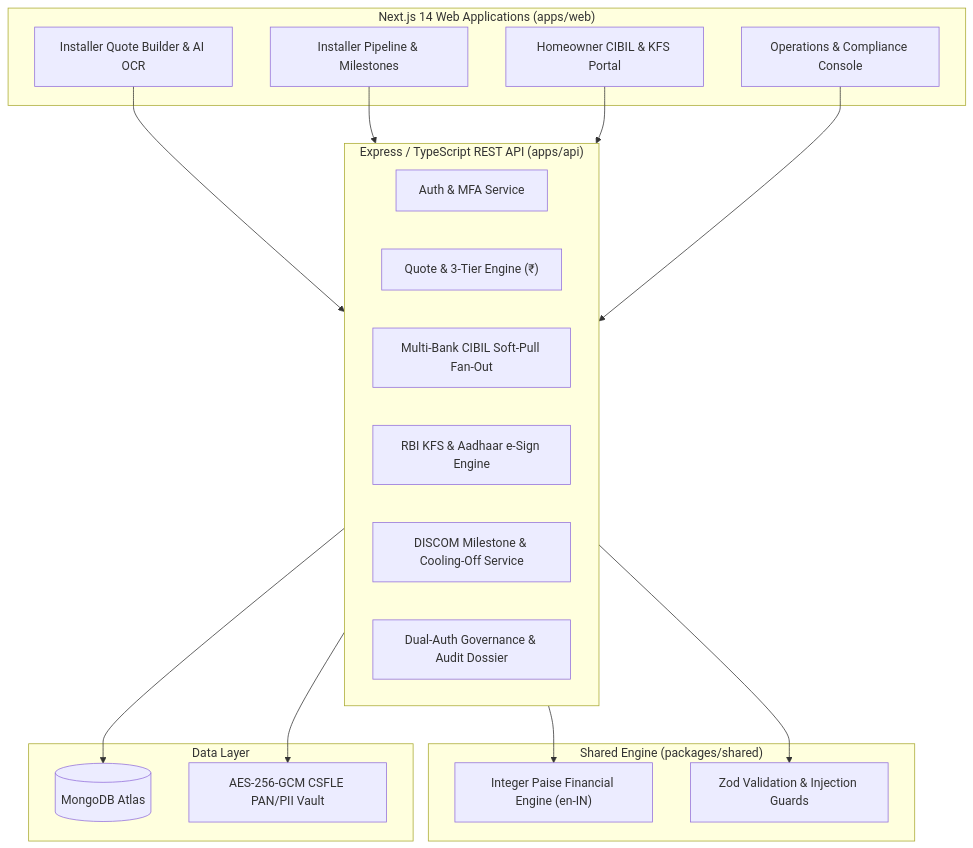
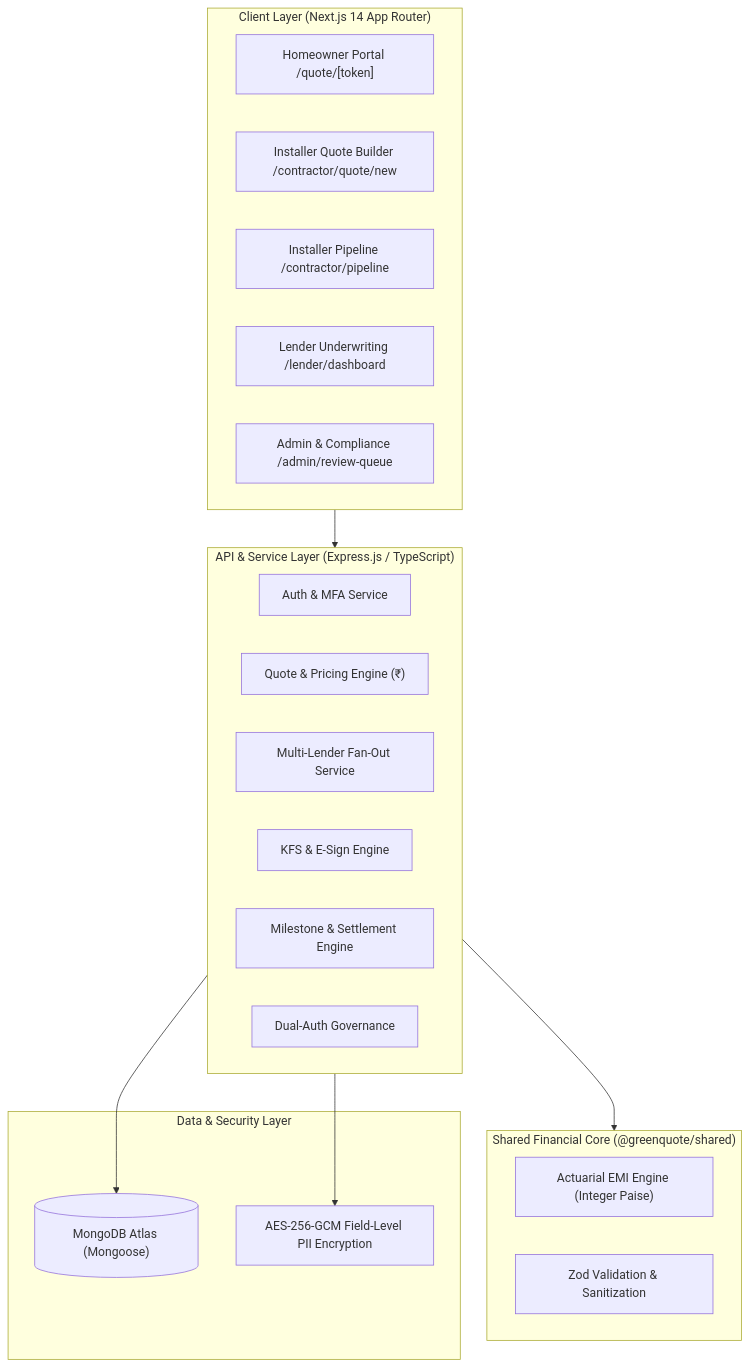
Before and after one commit to MohitMulik/GreenQuote: the diagram in README.md, drawn with Mermaid. The commit also changed other lines of this file and 1 other file, not shown here.

````diff
--- a/README.md
+++ b/README.md
@@ -33,37 +37,34 @@
 ```mermaid
 flowchart TD
-    subgraph Frontend ["Next.js 14 Web Applications (apps/web)"]
-        CB["Installer Quote Builder & AI OCR"]
-        CP["Installer Pipeline & Milestones"]
-        HP["Homeowner CIBIL & KFS Portal"]
-        OP["Operations & Compliance Console"]
+    subgraph Client ["Client Layer (Next.js 14 App Router)"]
+        UI_HOME["Homeowner Portal /quote/[token]"]
+        UI_BUILDER["Installer Quote Builder /contractor/quote/new"]
+        UI_PIPELINE["Installer Pipeline /contractor/pipeline"]
+        UI_LENDER["Lender Underwriting /lender/dashboard"]
+        UI_ADMIN["Admin & Compliance /admin/review-queue"]
     end
 
-    subgraph API ["Express / TypeScript REST API (apps/api)"]
+    subgraph Gateway ["API & Service Layer (Express.js / TypeScript)"]
         AUTH["Auth & MFA Service"]
-        QUOTES["Quote & 3-Tier Engine (₹)"]
-        PREQUAL["Multi-Bank CIBIL Soft-Pull Fan-Out"]
-        ESIGN["RBI KFS & Aadhaar e-Sign Engine"]
-        MLS["DISCOM Milestone & Cooling-Off Service"]
-        ADMIN["Dual-Auth Governance & Audit Dossier"]
+        QUOTES["Quote & Pricing Engine (₹)"]
+        PREQUAL["Multi-Lender Fan-Out Service"]
+        KFS["KFS & E-Sign Engine"]
+        DISCOM["Milestone & Settlement Engine"]
+        GOV["Dual-Auth Governance"]
     end
 
-    subgraph Core ["Shared Engine (packages/shared)"]
-        CALC["Integer Paise Financial Engine (en-IN)"]
-        SCHEMAS["Zod Validation & Injection Guards"]
+    subgraph Core ["Shared Financial Core (@greenquote/shared)"]
+        CALC["Actuarial EMI Engine (Integer Paise)"]
+        SCHEMAS["Zod Validation & Sanitization"]
     end
 
-    subgraph Storage ["Data Layer"]
-        MONGO[("MongoDB Atlas")]
-        VAULT["AES-256-GCM CSFLE PAN/PII Vault"]
+    subgraph Data ["Data & Security Layer"]
+        DB[("MongoDB Atlas (Mongoose)")]
+        VAULT["AES-256-GCM Field-Level PII Encryption"]
     end
 
-    CB --> API
-    CP --> API
-    HP --> API
-    OP --> API
-    API --> CALC
-    API --> SCHEMAS
-    API --> MONGO
-    API --> VAULT
+    Client --> Gateway
+    Gateway --> Core
+    Gateway --> DB
+    Gateway --> VAULT
 ```
````
